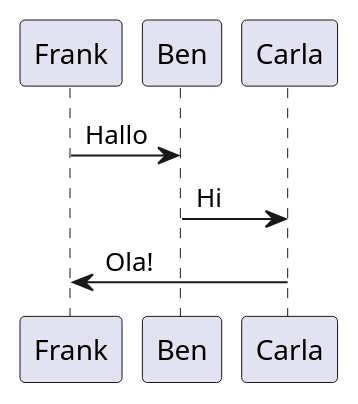
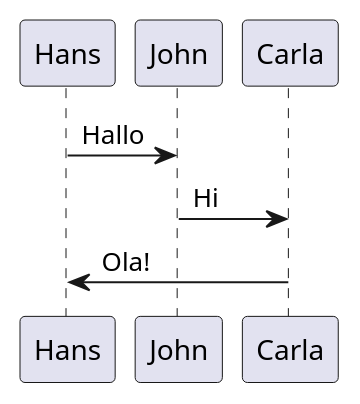
The diagram in README.md (ulbrich/plantuml-service), drawn with PlantUML before and after one commit. The commit also changed other lines of this file, not shown here.

```diff
--- a/README.md
+++ b/README.md
@@ -15,5 +16,5 @@
     @startuml
-    Frank -> Ben : Hallo
-    Ben -> Carla : Hi
-    Carla -> Frank : Ola!
+    Hans -> John : Hallo
+    John -> Carla : Hi
+    Carla -> Hans : Ola!
     @enduml
```
